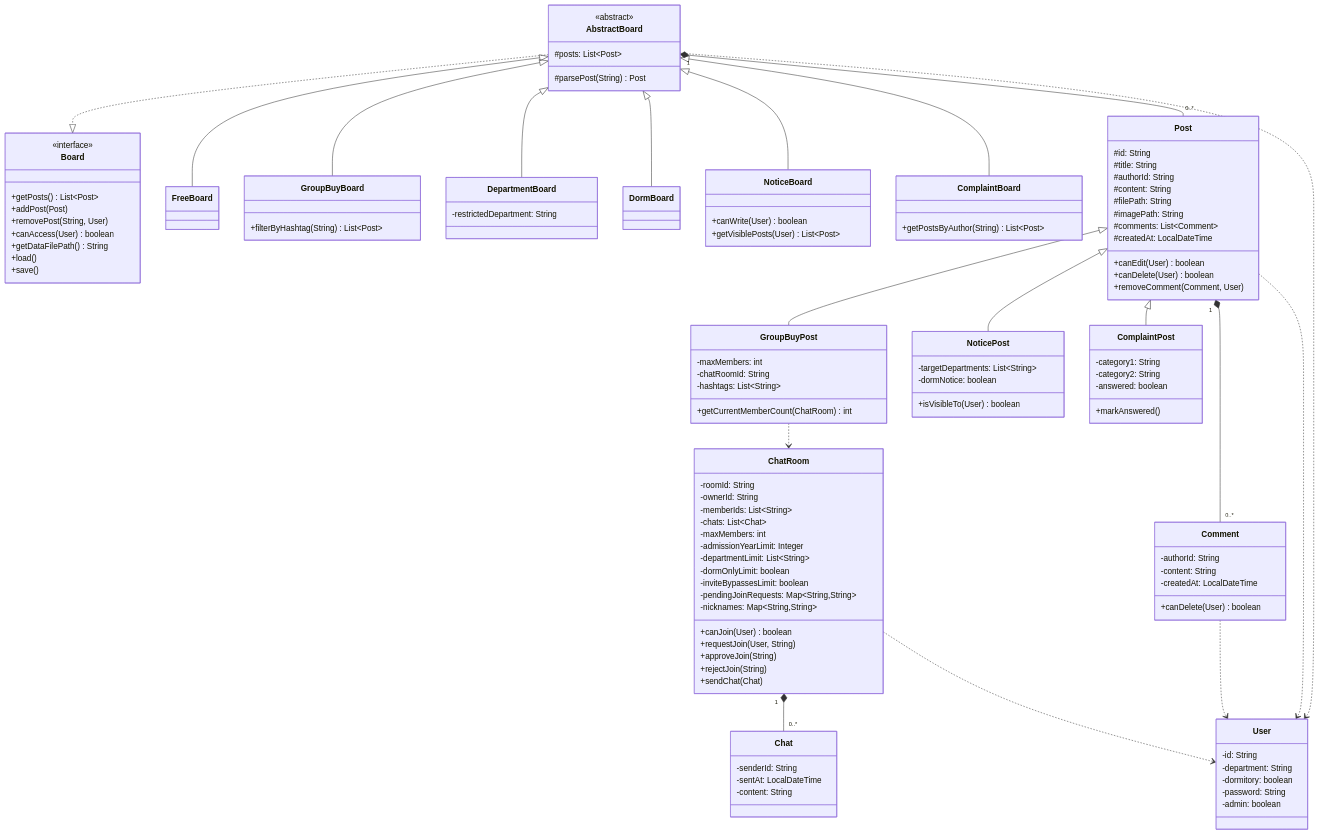
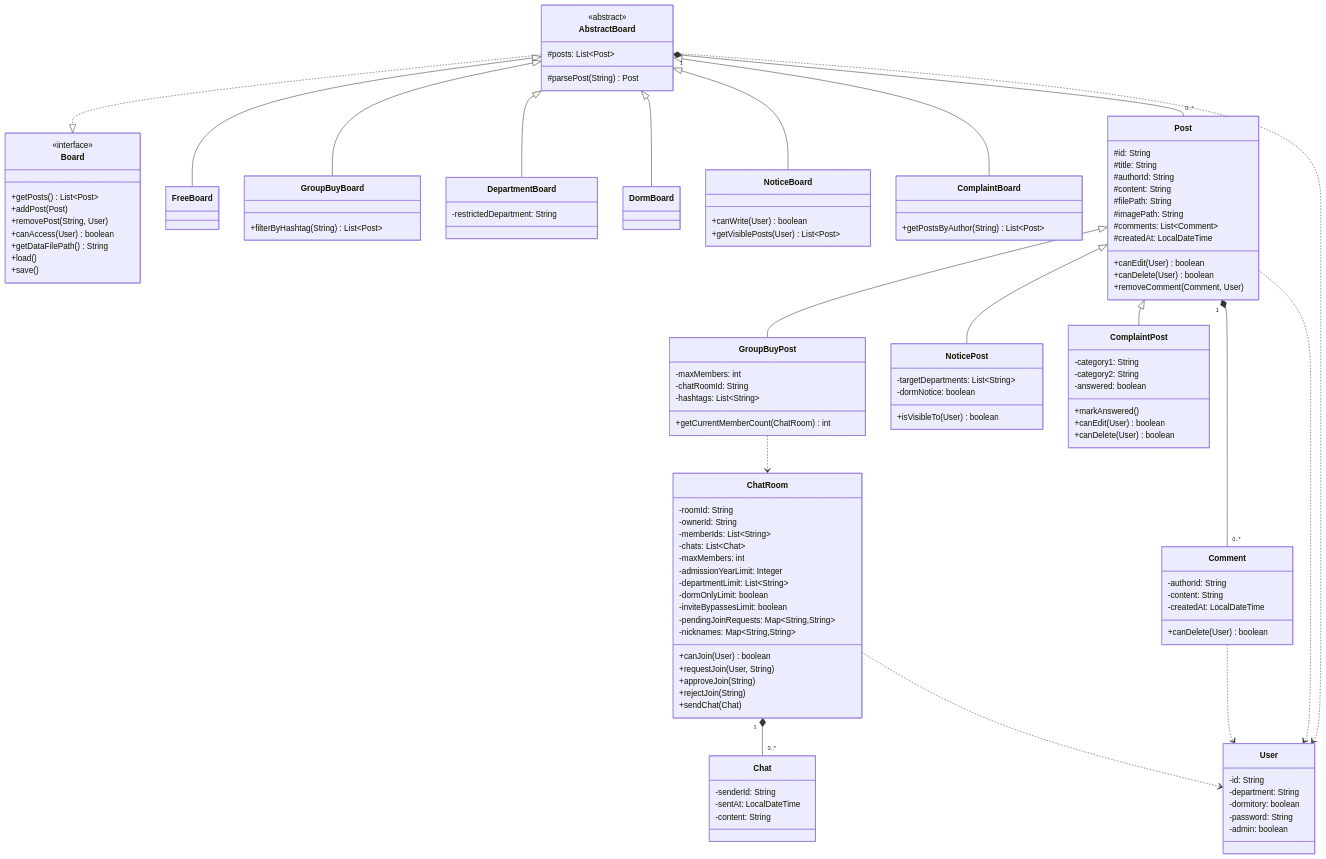
The first of 2 diagrams in documents/07_class_diagram.md (konkon3660/TUK_community_projetct), drawn with Mermaid before and after one commit. The commit also changed other lines of this file and 68 other files, not shown here.

```diff
--- a/documents/07_class_diagram.md
+++ b/documents/07_class_diagram.md
@@ -154,6 +156,8 @@
         -category2: String
         -answered: boolean
         +markAnswered()
+        +canEdit(User) boolean
+        +canDelete(User) boolean
     }
     class Comment {
         -authorId: String
```
